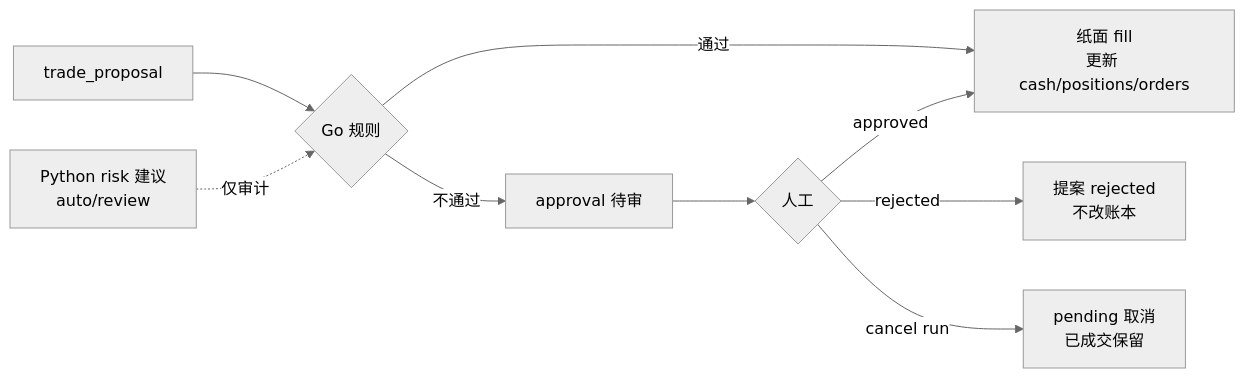
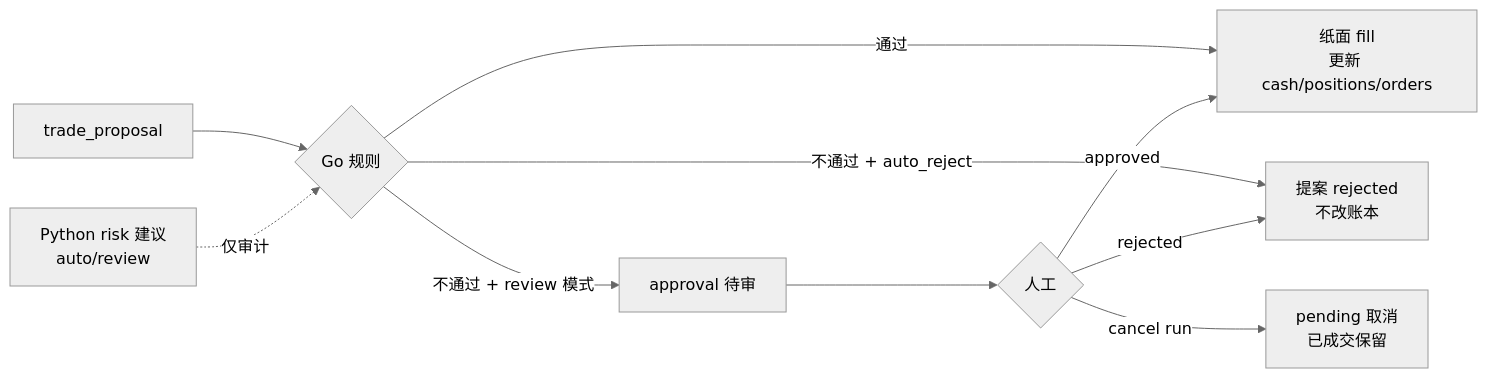
One commit to cyhzuishuai/stock-agents-cursor changed the third of 4 diagrams in docs/eod-workflow-flowchart.md. Above: the diagram before and after it, drawn with Mermaid (neutral theme). The commit also changed other lines of this file and 2 other files, not shown here.

Commit message:
docs: strategy scheduler cadence and auto-reject path

````diff
--- a/docs/eod-workflow-flowchart.md
+++ b/docs/eod-workflow-flowchart.md
@@ -103,13 +108,14 @@
 ```mermaid
 flowchart LR
   P[trade_proposal] --> G{Go 规则}
   G -->|通过| F[纸面 fill<br/>更新 cash/positions/orders]
-  G -->|不通过| A[approval 待审]
+  G -->|不通过 + review 模式| A[approval 待审]
+  G -->|不通过 + auto_reject| R[提案 rejected<br/>不改账本]
 
   A --> H{人工}
   H -->|approved| F
   H -->|rejected| R[提案 rejected<br/>不改账本]
   H -->|cancel run| C[pending 取消<br/>已成交保留]
 
   Adv[Python risk 建议<br/>auto/review] -.->|仅审计| G
 ```
````
